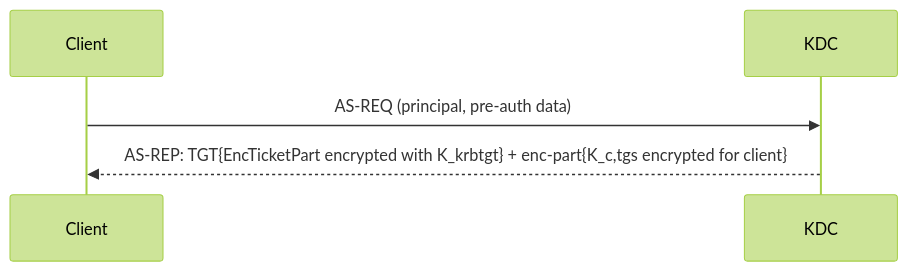
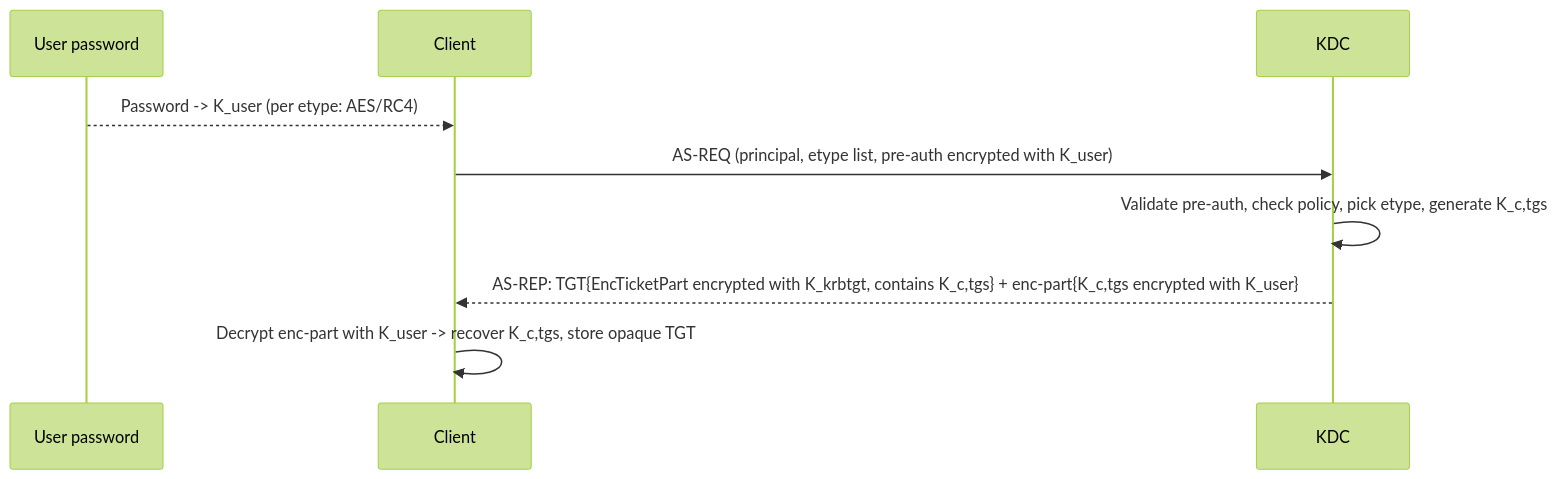
Before and after one commit to 0xMati/Tech-Blog: the second of 5 diagrams in 060 - Active Directory/Hardening/RC4 Hardening/1. RC4 Fundamentals, Obsolescence, and Risks of Continued Use.md, drawn with Mermaid (forest theme). The commit also changed other lines of this file, not shown here.

````diff
--- a/060 - Active Directory/Hardening/RC4 Hardening/1. RC4 Fundamentals, Obsolescence, and Risks of Continued Use.md
+++ b/060 - Active Directory/Hardening/RC4 Hardening/1. RC4 Fundamentals, Obsolescence, and Risks of Continued Use.md
@@ -96,7 +62,11 @@
 ```mermaid
 sequenceDiagram
+	participant U as User password
 	participant C as Client
 	participant K as KDC
-	C->>K: AS-REQ (principal, pre-auth data)
-	K-->>C: AS-REP: TGT{EncTicketPart encrypted with K_krbtgt} + enc-part{K_c,tgs encrypted for client}
+	U-->>C: Password -> K_user (per etype: AES/RC4)
+	C->>K: AS-REQ (principal, etype list, pre-auth encrypted with K_user)
+	K->>K: Validate pre-auth, check policy, pick etype, generate K_c,tgs
+	K-->>C: AS-REP: TGT{EncTicketPart encrypted with K_krbtgt, contains K_c,tgs} + enc-part{K_c,tgs encrypted with K_user}
+	C->>C: Decrypt enc-part with K_user -> recover K_c,tgs, store opaque TGT
 ```
````
